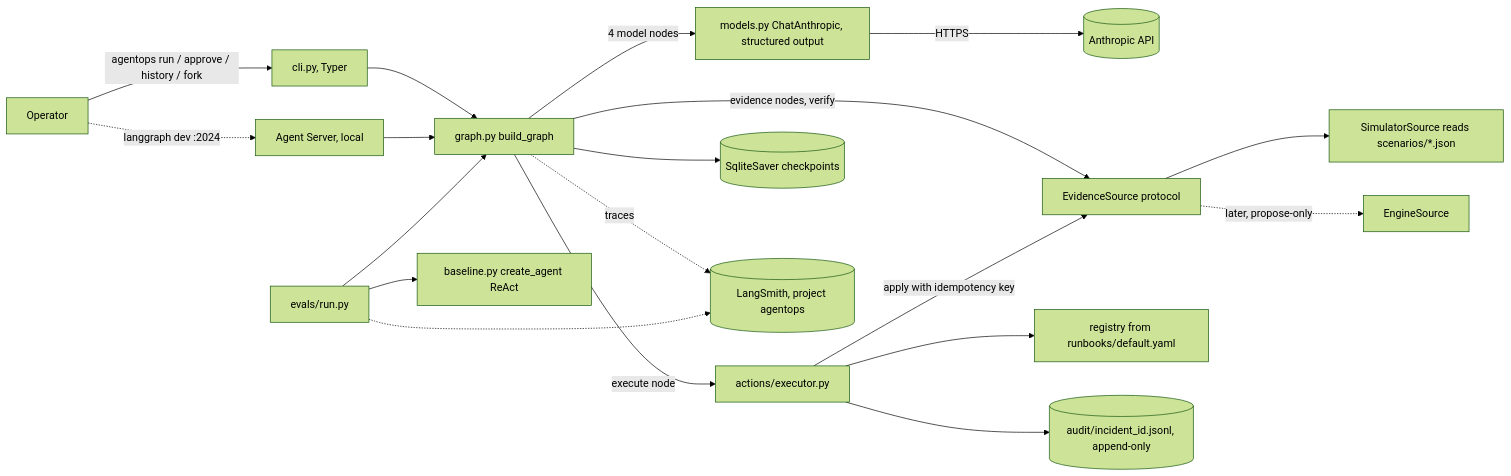
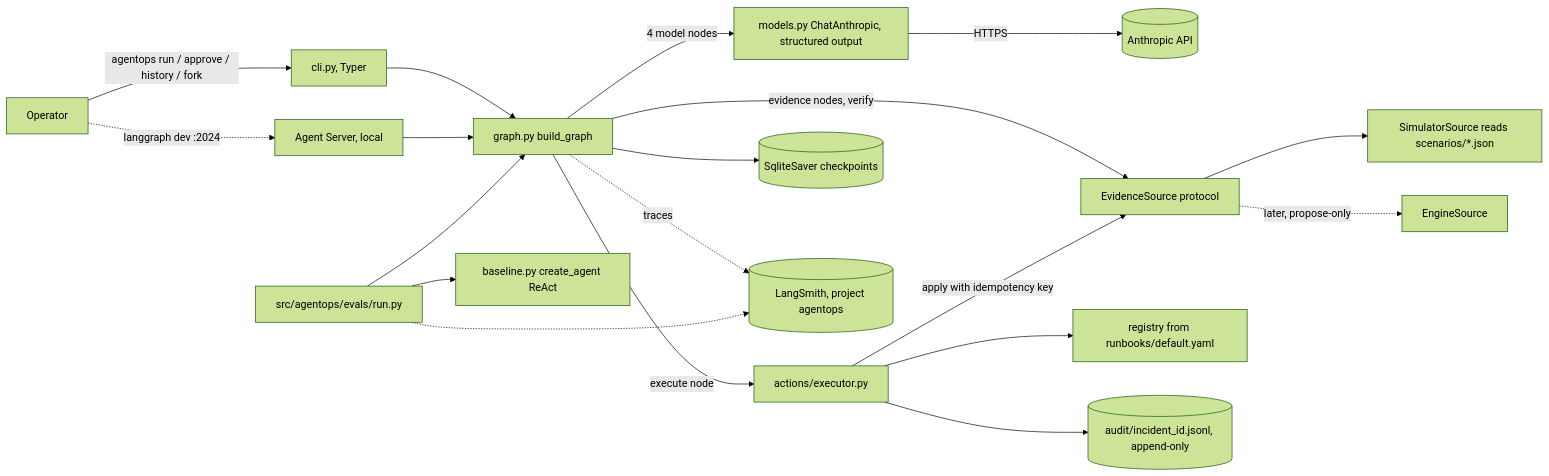
The diagram in docs/sdlc/codebase-map.md (muhibm1/agentops), drawn with Mermaid (forest theme) before and after one commit. The commit also changed other lines of this file and 4 other files, not shown here.

````diff
--- a/docs/sdlc/codebase-map.md
+++ b/docs/sdlc/codebase-map.md
@@ -48,21 +60,21 @@
 ```mermaid
 flowchart LR
     OP[Operator] -->|agentops run / approve / history / fork| CLI[cli.py, Typer]
     OP -.->|langgraph dev :2024| AS[Agent Server, local]
     CLI --> G[graph.py build_graph]
     AS --> G
     G -->|4 model nodes| M[models.py ChatAnthropic, structured output]
     M -->|HTTPS| ANT[(Anthropic API)]
     G -->|evidence nodes, verify| ES[EvidenceSource protocol]
     ES --> SIM[SimulatorSource reads scenarios/*.json]
     ES -.->|later, propose-only| ENG[EngineSource]
     G -->|execute node| EX[actions/executor.py]
     EX --> REG[registry from runbooks/default.yaml]
     EX --> AUD[(audit/incident_id.jsonl, append-only)]
     EX -->|apply with idempotency key| ES
     G --> CP[(SqliteSaver checkpoints)]
     G -.->|traces| LS[(LangSmith, project agentops)]
-    EV[evals/run.py] --> G
+    EV[src/agentops/evals/run.py] --> G
     EV --> BL[baseline.py create_agent ReAct]
     EV -.-> LS
 ```
````
